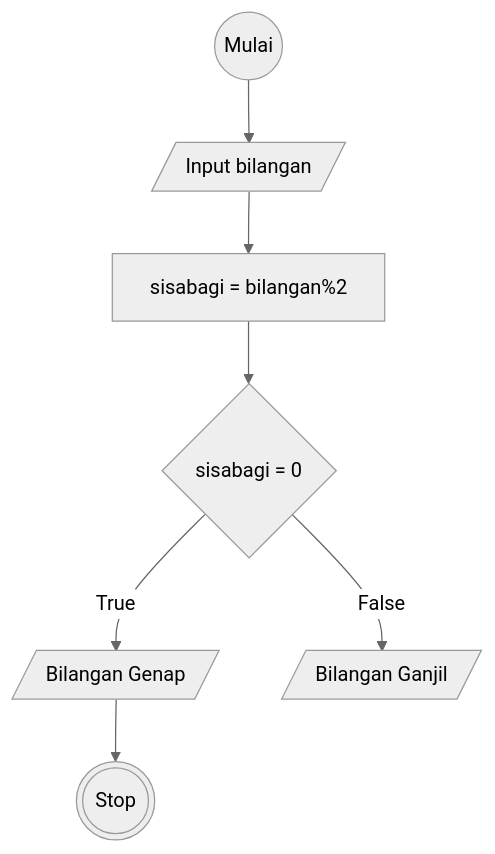
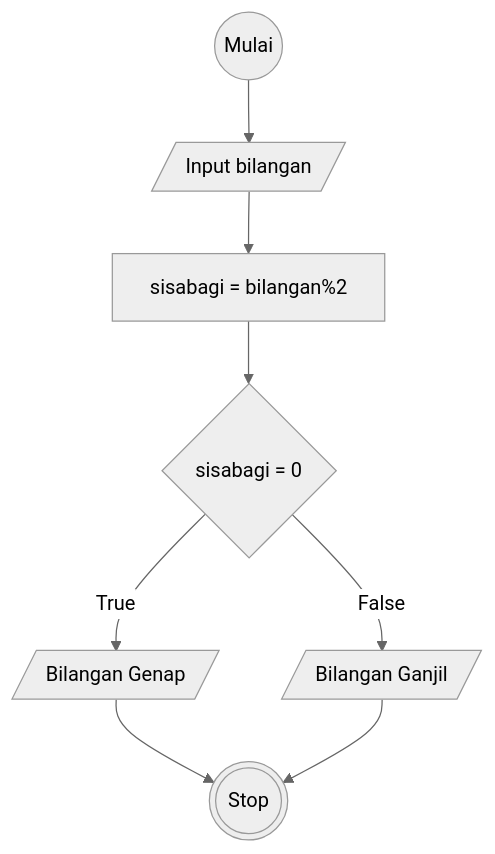
Before and after one commit to MuhamadRafliShidiq/koda-b8-algoritma: the diagram in ganjil-genap.md, drawn with Mermaid (neutral theme).

````diff
--- a/ganjil-genap.md
+++ b/ganjil-genap.md
@@ -18,22 +18,23 @@
 ```mermaid
 
     flowchart TD
 
     a@{ shape: circle, label: "Mulai" }
     b@{ shape: lean-r, label: "Input bilangan" }
     c@{ shape: rect, label: "sisabagi = bilangan%2" }
     d@{ shape: diamond, label: "sisabagi = 0 " }
     e@{ shape: lean-r, label: "Bilangan Genap" }
     f@{ shape: lean-r, label: "Bilangan Ganjil" }
     g@{ shape: dbl-circ, label: "Stop" }
 
     a --> b
     b --> c
     c --> d
     d --True--> e
     d --False--> f
     e --> g
+    f --> g
 
 
 
 ```
````
